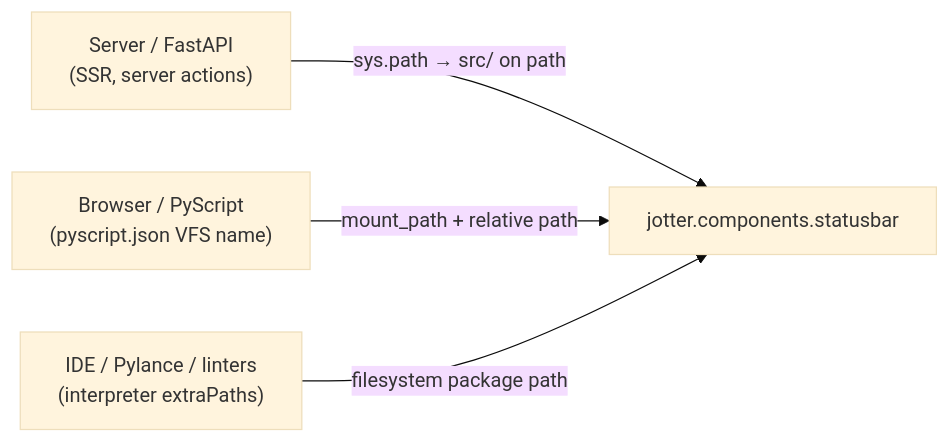
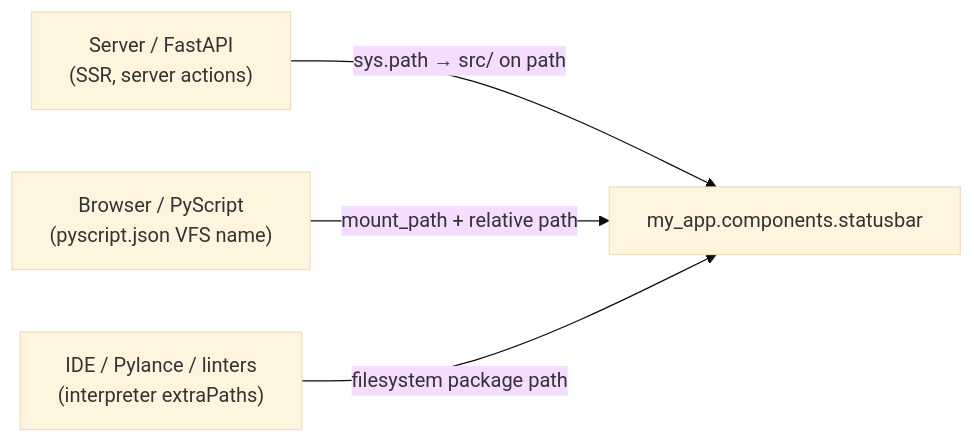
One commit to bassio/basis changed the diagram in docs/04_components/importing-components.md. Above: the diagram before and after it, drawn with Mermaid (base theme). The commit also changed other lines of this file and 22 other files, not shown here.

````diff
--- a/docs/04_components/importing-components.md
+++ b/docs/04_components/importing-components.md
@@ -17,6 +17,6 @@
 ```mermaid
 flowchart LR
-    A["Server / FastAPI<br/>(SSR, server actions)"] -->|"sys.path → src/ on path"| N["jotter.components.statusbar"]
+    A["Server / FastAPI<br/>(SSR, server actions)"] -->|"sys.path → src/ on path"| N["my_app.components.statusbar"]
     B["Browser / PyScript<br/>(pyscript.json VFS name)"] -->|"mount_path + relative path"| N
     C["IDE / Pylance / linters<br/>(interpreter extraPaths)"] -->|"filesystem package path"| N
 ```
````
